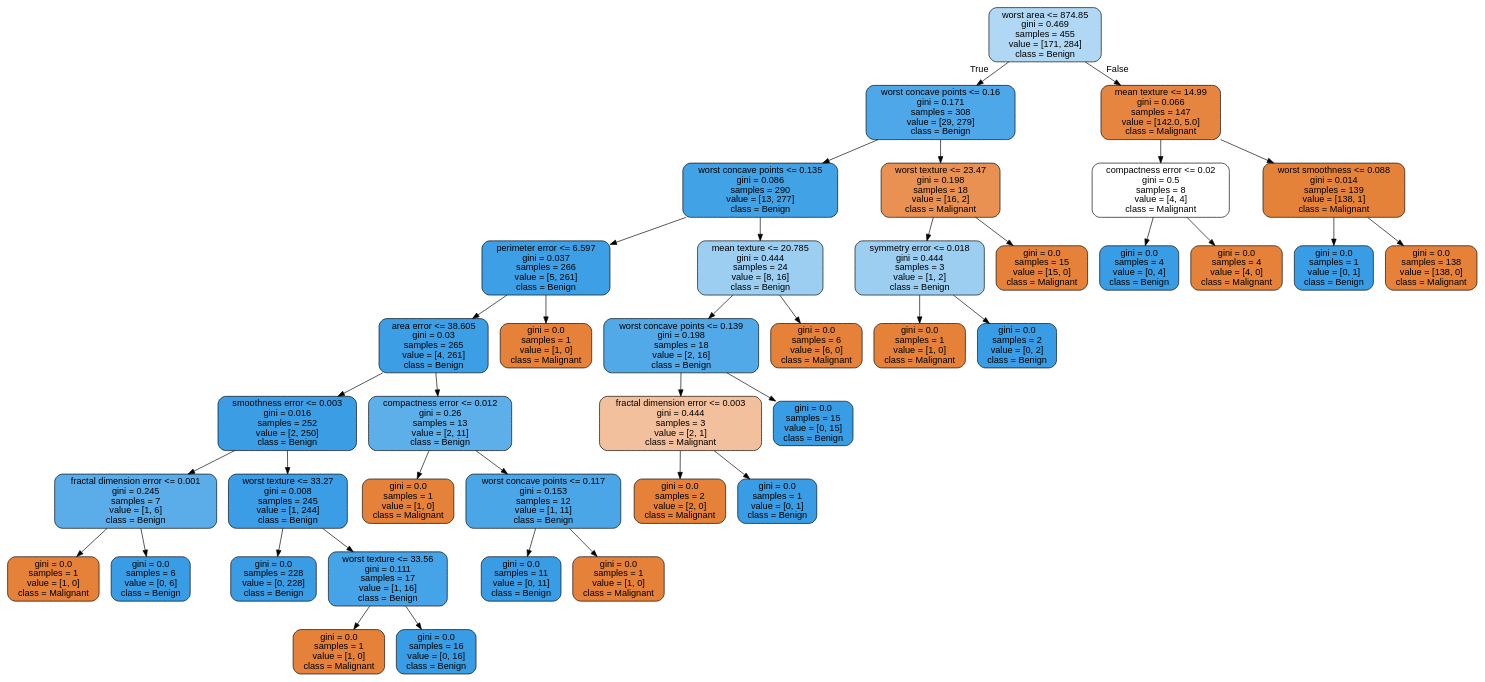
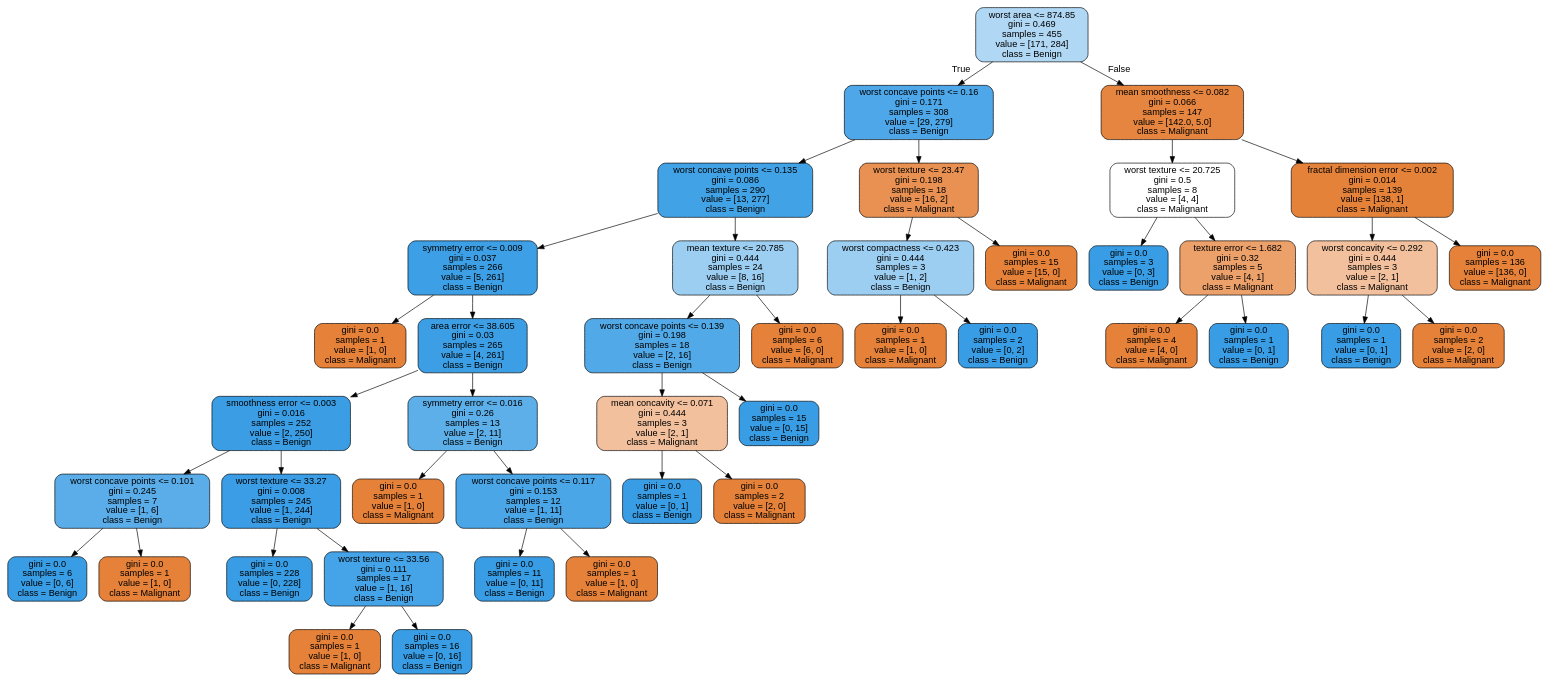
Before and after one commit to milanaveed/cits5508: the diagram in assignment2/images/cancer_tree.dot, drawn with Graphviz. The commit also changed 18 other files, not shown here.

```diff
--- a/assignment2/images/cancer_tree.dot
+++ b/assignment2/images/cancer_tree.dot
@@ -1,81 +1,89 @@
 digraph Tree {
 node [shape=box, style="filled, rounded", color="black", fontname="helvetica"] ;
 edge [fontname="helvetica"] ;
 0 [label="worst area <= 874.85\ngini = 0.469\nsamples = 455\nvalue = [171, 284]\nclass = Benign", fillcolor="#b0d8f5"] ;
 1 [label="worst concave points <= 0.16\ngini = 0.171\nsamples = 308\nvalue = [29, 279]\nclass = Benign", fillcolor="#4ea7e8"] ;
 0 -> 1 [labeldistance=2.5, labelangle=45, headlabel="True"] ;
 2 [label="worst concave points <= 0.135\ngini = 0.086\nsamples = 290\nvalue = [13, 277]\nclass = Benign", fillcolor="#42a2e6"] ;
 1 -> 2 ;
-3 [label="perimeter error <= 6.597\ngini = 0.037\nsamples = 266\nvalue = [5, 261]\nclass = Benign", fillcolor="#3d9fe5"] ;
+3 [label="symmetry error <= 0.009\ngini = 0.037\nsamples = 266\nvalue = [5, 261]\nclass = Benign", fillcolor="#3d9fe5"] ;
 2 -> 3 ;
-4 [label="area error <= 38.605\ngini = 0.03\nsamples = 265\nvalue = [4, 261]\nclass = Benign", fillcolor="#3c9fe5"] ;
+4 [label="gini = 0.0\nsamples = 1\nvalue = [1, 0]\nclass = Malignant", fillcolor="#e58139"] ;
 3 -> 4 ;
-5 [label="smoothness error <= 0.003\ngini = 0.016\nsamples = 252\nvalue = [2, 250]\nclass = Benign", fillcolor="#3b9ee5"] ;
-4 -> 5 ;
-6 [label="fractal dimension error <= 0.001\ngini = 0.245\nsamples = 7\nvalue = [1, 6]\nclass = Benign", fillcolor="#5aade9"] ;
+5 [label="area error <= 38.605\ngini = 0.03\nsamples = 265\nvalue = [4, 261]\nclass = Benign", fillcolor="#3c9fe5"] ;
+3 -> 5 ;
+6 [label="smoothness error <= 0.003\ngini = 0.016\nsamples = 252\nvalue = [2, 250]\nclass = Benign", fillcolor="#3b9ee5"] ;
 5 -> 6 ;
-7 [label="gini = 0.0\nsamples = 1\nvalue = [1, 0]\nclass = Malignant", fillcolor="#e58139"] ;
+7 [label="worst concave points <= 0.101\ngini = 0.245\nsamples = 7\nvalue = [1, 6]\nclass = Benign", fillcolor="#5aade9"] ;
 6 -> 7 ;
 8 [label="gini = 0.0\nsamples = 6\nvalue = [0, 6]\nclass = Benign", fillcolor="#399de5"] ;
-6 -> 8 ;
-9 [label="worst texture <= 33.27\ngini = 0.008\nsamples = 245\nvalue = [1, 244]\nclass = Benign", fillcolor="#3a9de5"] ;
-5 -> 9 ;
-10 [label="gini = 0.0\nsamples = 228\nvalue = [0, 228]\nclass = Benign", fillcolor="#399de5"] ;
-9 -> 10 ;
-11 [label="worst texture <= 33.56\ngini = 0.111\nsamples = 17\nvalue = [1, 16]\nclass = Benign", fillcolor="#45a3e7"] ;
-9 -> 11 ;
-12 [label="gini = 0.0\nsamples = 1\nvalue = [1, 0]\nclass = Malignant", fillcolor="#e58139"] ;
-11 -> 12 ;
-13 [label="gini = 0.0\nsamples = 16\nvalue = [0, 16]\nclass = Benign", fillcolor="#399de5"] ;
-11 -> 13 ;
-14 [label="compactness error <= 0.012\ngini = 0.26\nsamples = 13\nvalue = [2, 11]\nclass = Benign", fillcolor="#5dafea"] ;
-4 -> 14 ;
-15 [label="gini = 0.0\nsamples = 1\nvalue = [1, 0]\nclass = Malignant", fillcolor="#e58139"] ;
-14 -> 15 ;
-16 [label="worst concave points <= 0.117\ngini = 0.153\nsamples = 12\nvalue = [1, 11]\nclass = Benign", fillcolor="#4ba6e7"] ;
-14 -> 16 ;
-17 [label="gini = 0.0\nsamples = 11\nvalue = [0, 11]\nclass = Benign", fillcolor="#399de5"] ;
-16 -> 17 ;
-18 [label="gini = 0.0\nsamples = 1\nvalue = [1, 0]\nclass = Malignant", fillcolor="#e58139"] ;
-16 -> 18 ;
+7 -> 8 ;
+9 [label="gini = 0.0\nsamples = 1\nvalue = [1, 0]\nclass = Malignant", fillcolor="#e58139"] ;
+7 -> 9 ;
+10 [label="worst texture <= 33.27\ngini = 0.008\nsamples = 245\nvalue = [1, 244]\nclass = Benign", fillcolor="#3a9de5"] ;
+6 -> 10 ;
+11 [label="gini = 0.0\nsamples = 228\nvalue = [0, 228]\nclass = Benign", fillcolor="#399de5"] ;
+10 -> 11 ;
+12 [label="worst texture <= 33.56\ngini = 0.111\nsamples = 17\nvalue = [1, 16]\nclass = Benign", fillcolor="#45a3e7"] ;
+10 -> 12 ;
+13 [label="gini = 0.0\nsamples = 1\nvalue = [1, 0]\nclass = Malignant", fillcolor="#e58139"] ;
+12 -> 13 ;
+14 [label="gini = 0.0\nsamples = 16\nvalue = [0, 16]\nclass = Benign", fillcolor="#399de5"] ;
+12 -> 14 ;
+15 [label="symmetry error <= 0.016\ngini = 0.26\nsamples = 13\nvalue = [2, 11]\nclass = Benign", fillcolor="#5dafea"] ;
+5 -> 15 ;
+16 [label="gini = 0.0\nsamples = 1\nvalue = [1, 0]\nclass = Malignant", fillcolor="#e58139"] ;
+15 -> 16 ;
+17 [label="worst concave points <= 0.117\ngini = 0.153\nsamples = 12\nvalue = [1, 11]\nclass = Benign", fillcolor="#4ba6e7"] ;
+15 -> 17 ;
+18 [label="gini = 0.0\nsamples = 11\nvalue = [0, 11]\nclass = Benign", fillcolor="#399de5"] ;
+17 -> 18 ;
 19 [label="gini = 0.0\nsamples = 1\nvalue = [1, 0]\nclass = Malignant", fillcolor="#e58139"] ;
-3 -> 19 ;
+17 -> 19 ;
 20 [label="mean texture <= 20.785\ngini = 0.444\nsamples = 24\nvalue = [8, 16]\nclass = Benign", fillcolor="#9ccef2"] ;
 2 -> 20 ;
 21 [label="worst concave points <= 0.139\ngini = 0.198\nsamples = 18\nvalue = [2, 16]\nclass = Benign", fillcolor="#52a9e8"] ;
 20 -> 21 ;
-22 [label="fractal dimension error <= 0.003\ngini = 0.444\nsamples = 3\nvalue = [2, 1]\nclass = Malignant", fillcolor="#f2c09c"] ;
+22 [label="mean concavity <= 0.071\ngini = 0.444\nsamples = 3\nvalue = [2, 1]\nclass = Malignant", fillcolor="#f2c09c"] ;
 21 -> 22 ;
-23 [label="gini = 0.0\nsamples = 2\nvalue = [2, 0]\nclass = Malignant", fillcolor="#e58139"] ;
+23 [label="gini = 0.0\nsamples = 1\nvalue = [0, 1]\nclass = Benign", fillcolor="#399de5"] ;
 22 -> 23 ;
-24 [label="gini = 0.0\nsamples = 1\nvalue = [0, 1]\nclass = Benign", fillcolor="#399de5"] ;
+24 [label="gini = 0.0\nsamples = 2\nvalue = [2, 0]\nclass = Malignant", fillcolor="#e58139"] ;
 22 -> 24 ;
 25 [label="gini = 0.0\nsamples = 15\nvalue = [0, 15]\nclass = Benign", fillcolor="#399de5"] ;
 21 -> 25 ;
 26 [label="gini = 0.0\nsamples = 6\nvalue = [6, 0]\nclass = Malignant", fillcolor="#e58139"] ;
 20 -> 26 ;
 27 [label="worst texture <= 23.47\ngini = 0.198\nsamples = 18\nvalue = [16, 2]\nclass = Malignant", fillcolor="#e89152"] ;
 1 -> 27 ;
-28 [label="symmetry error <= 0.018\ngini = 0.444\nsamples = 3\nvalue = [1, 2]\nclass = Benign", fillcolor="#9ccef2"] ;
+28 [label="worst compactness <= 0.423\ngini = 0.444\nsamples = 3\nvalue = [1, 2]\nclass = Benign", fillcolor="#9ccef2"] ;
 27 -> 28 ;
 29 [label="gini = 0.0\nsamples = 1\nvalue = [1, 0]\nclass = Malignant", fillcolor="#e58139"] ;
 28 -> 29 ;
 30 [label="gini = 0.0\nsamples = 2\nvalue = [0, 2]\nclass = Benign", fillcolor="#399de5"] ;
 28 -> 30 ;
 31 [label="gini = 0.0\nsamples = 15\nvalue = [15, 0]\nclass = Malignant", fillcolor="#e58139"] ;
 27 -> 31 ;
-32 [label="mean texture <= 14.99\ngini = 0.066\nsamples = 147\nvalue = [142.0, 5.0]\nclass = Malignant", fillcolor="#e68540"] ;
+32 [label="mean smoothness <= 0.082\ngini = 0.066\nsamples = 147\nvalue = [142.0, 5.0]\nclass = Malignant", fillcolor="#e68540"] ;
 0 -> 32 [labeldistance=2.5, labelangle=-45, headlabel="False"] ;
-33 [label="compactness error <= 0.02\ngini = 0.5\nsamples = 8\nvalue = [4, 4]\nclass = Malignant", fillcolor="#ffffff"] ;
+33 [label="worst texture <= 20.725\ngini = 0.5\nsamples = 8\nvalue = [4, 4]\nclass = Malignant", fillcolor="#ffffff"] ;
 32 -> 33 ;
-34 [label="gini = 0.0\nsamples = 4\nvalue = [0, 4]\nclass = Benign", fillcolor="#399de5"] ;
+34 [label="gini = 0.0\nsamples = 3\nvalue = [0, 3]\nclass = Benign", fillcolor="#399de5"] ;
 33 -> 34 ;
-35 [label="gini = 0.0\nsamples = 4\nvalue = [4, 0]\nclass = Malignant", fillcolor="#e58139"] ;
+35 [label="texture error <= 1.682\ngini = 0.32\nsamples = 5\nvalue = [4, 1]\nclass = Malignant", fillcolor="#eca06a"] ;
 33 -> 35 ;
-36 [label="worst smoothness <= 0.088\ngini = 0.014\nsamples = 139\nvalue = [138, 1]\nclass = Malignant", fillcolor="#e5823a"] ;
-32 -> 36 ;
+36 [label="gini = 0.0\nsamples = 4\nvalue = [4, 0]\nclass = Malignant", fillcolor="#e58139"] ;
+35 -> 36 ;
 37 [label="gini = 0.0\nsamples = 1\nvalue = [0, 1]\nclass = Benign", fillcolor="#399de5"] ;
-36 -> 37 ;
-38 [label="gini = 0.0\nsamples = 138\nvalue = [138, 0]\nclass = Malignant", fillcolor="#e58139"] ;
-36 -> 38 ;
+35 -> 37 ;
+38 [label="fractal dimension error <= 0.002\ngini = 0.014\nsamples = 139\nvalue = [138, 1]\nclass = Malignant", fillcolor="#e5823a"] ;
+32 -> 38 ;
+39 [label="worst concavity <= 0.292\ngini = 0.444\nsamples = 3\nvalue = [2, 1]\nclass = Malignant", fillcolor="#f2c09c"] ;
+38 -> 39 ;
+40 [label="gini = 0.0\nsamples = 1\nvalue = [0, 1]\nclass = Benign", fillcolor="#399de5"] ;
+39 -> 40 ;
+41 [label="gini = 0.0\nsamples = 2\nvalue = [2, 0]\nclass = Malignant", fillcolor="#e58139"] ;
+39 -> 41 ;
+42 [label="gini = 0.0\nsamples = 136\nvalue = [136, 0]\nclass = Malignant", fillcolor="#e58139"] ;
+38 -> 42 ;
 }
```
